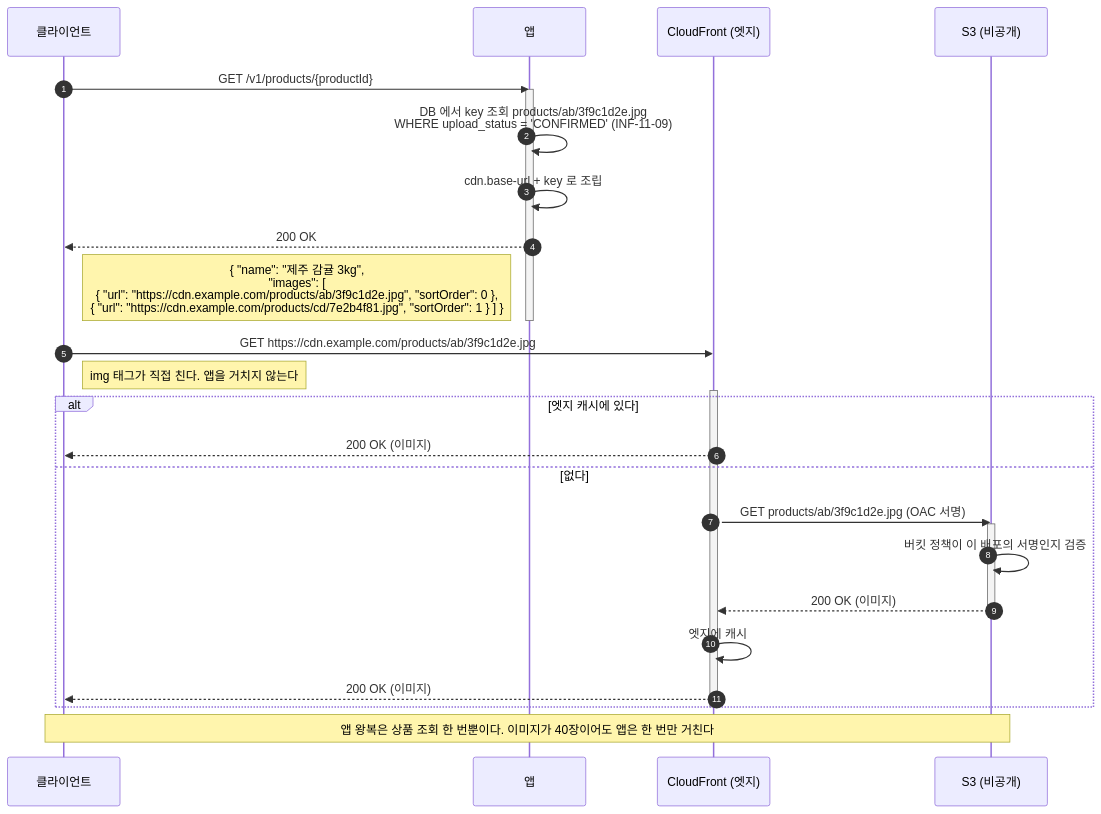
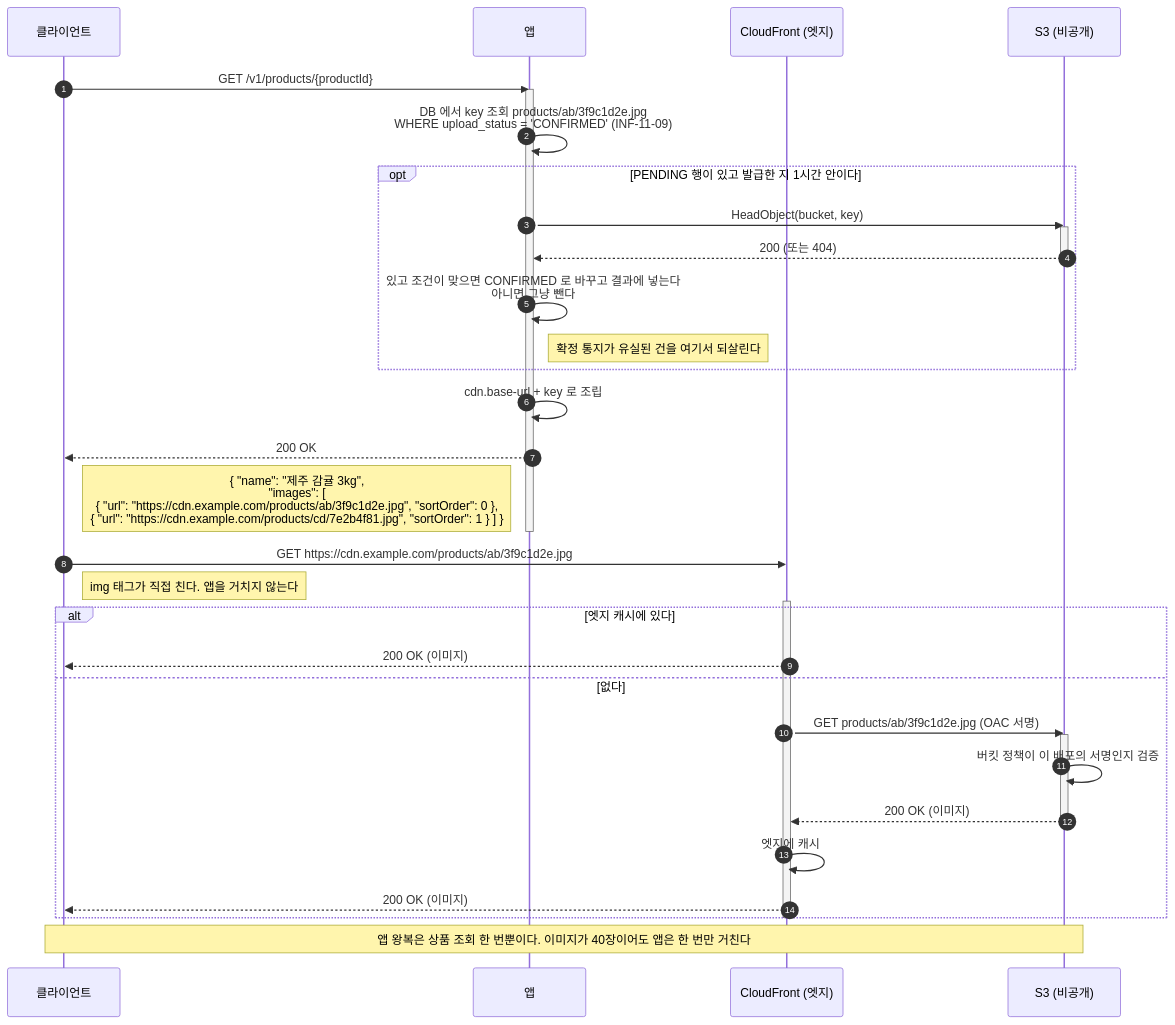
Before and after one commit to LGU-2/infra: the fifth of 6 diagrams in docs/system-design/백엔드공통_이미지저장소_설계.md, drawn with Mermaid. The commit also changed other lines of this file, not shown here.

````diff
--- a/docs/system-design/백엔드공통_이미지저장소_설계.md
+++ b/docs/system-design/백엔드공통_이미지저장소_설계.md
@@ -383,34 +383,44 @@
 ```mermaid
 sequenceDiagram
     autonumber
     participant C as 클라이언트
     participant A as 앱
     participant F as CloudFront (엣지)
     participant S as S3 (비공개)
 
     C->>A: GET /v1/products/{productId}
     activate A
     A->>A: DB 에서 key 조회 products/ab/3f9c1d2e.jpg<br/>WHERE upload_status = 'CONFIRMED' (INF-11-09)
+
+    opt PENDING 행이 있고 발급한 지 1시간 안이다
+        A->>S: HeadObject(bucket, key)
+        activate S
+        S-->>A: 200 (또는 404)
+        deactivate S
+        A->>A: 있고 조건이 맞으면 CONFIRMED 로 바꾸고 결과에 넣는다<br/>아니면 그냥 뺀다
+        Note right of A: 확정 통지가 유실된 건을 여기서 되살린다
+    end
+
     A->>A: cdn.base-url + key 로 조립
     A-->>C: 200 OK
     Note left of A: { "name": "제주 감귤 3kg",<br/>"images": [<br/>{ "url": "https://cdn.example.com/products/ab/3f9c1d2e.jpg", "sortOrder": 0 },<br/>{ "url": "https://cdn.example.com/products/cd/7e2b4f81.jpg", "sortOrder": 1 } ] }
     deactivate A
 
     C->>F: GET https://cdn.example.com/products/ab/3f9c1d2e.jpg
     Note right of C: img 태그가 직접 친다. 앱을 거치지 않는다
     activate F
     alt 엣지 캐시에 있다
         F-->>C: 200 OK (이미지)
     else 없다
         F->>S: GET products/ab/3f9c1d2e.jpg (OAC 서명)
         activate S
         S->>S: 버킷 정책이 이 배포의 서명인지 검증
         S-->>F: 200 OK (이미지)
         deactivate S
         F->>F: 엣지에 캐시
         F-->>C: 200 OK (이미지)
     end
     deactivate F
 
     Note over C,S: 앱 왕복은 상품 조회 한 번뿐이다. 이미지가 40장이어도 앱은 한 번만 거친다
 ```
````
